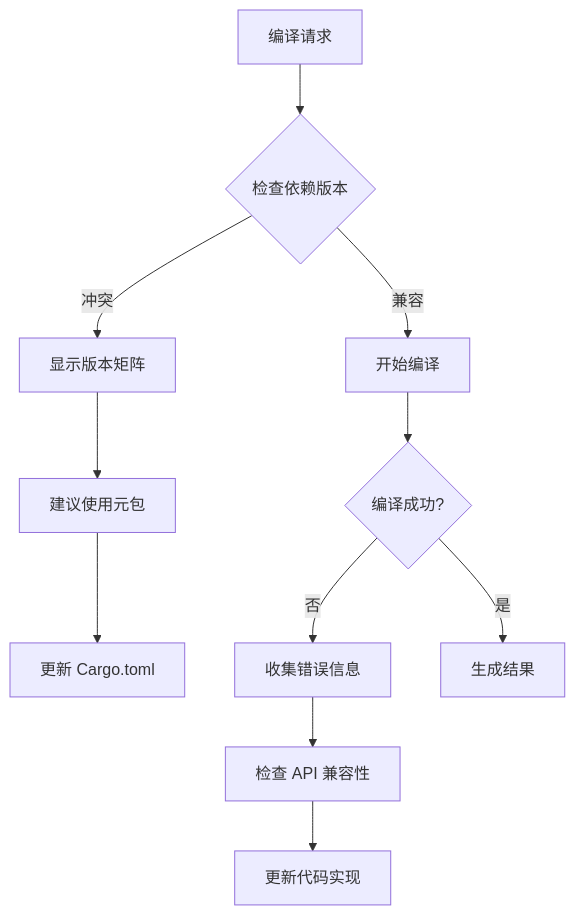
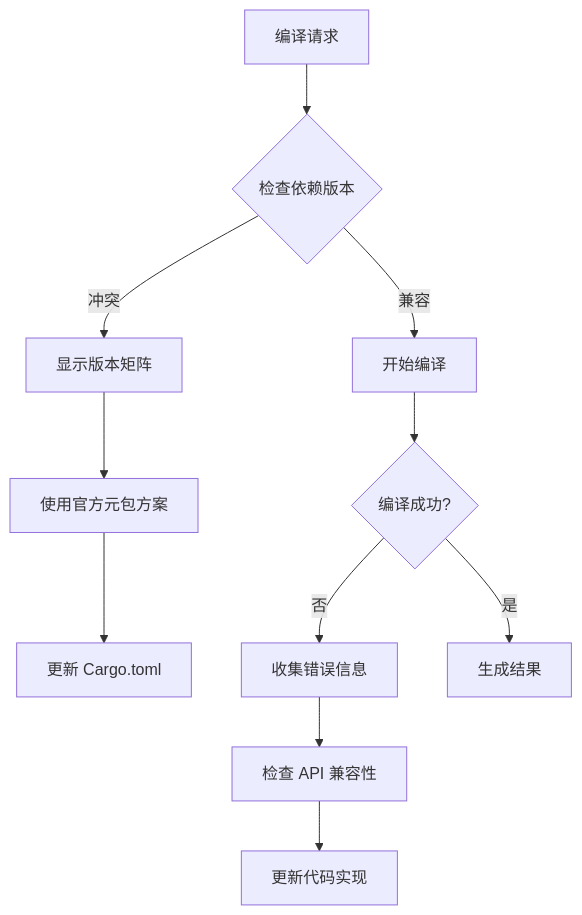
The ninth of 9 diagrams in .qoder/repowiki/zh/content/技术架构详解/即时转译系统/SWC 集成问题报告.md (itszzl-sudo/iris), drawn with Mermaid before and after one commit. The commit also changed other lines of this file and 5 other files, not shown here.

````diff
--- a/.qoder/repowiki/zh/content/技术架构详解/即时转译系统/SWC 集成问题报告.md
+++ b/.qoder/repowiki/zh/content/技术架构详解/即时转译系统/SWC 集成问题报告.md
@@ -418,13 +436,13 @@
 ```mermaid
 flowchart TD
 A[编译请求] --> B{检查依赖版本}
 B --> |冲突| C[显示版本矩阵]
 B --> |兼容| D[开始编译]
-C --> E[建议使用元包]
+C --> E[使用官方元包方案]
 E --> F[更新 Cargo.toml]
 D --> G{编译成功?}
 G --> |否| H[收集错误信息]
 G --> |是| I[生成结果]
 H --> J[检查 API 兼容性]
 J --> K[更新代码实现]
 ```
````
